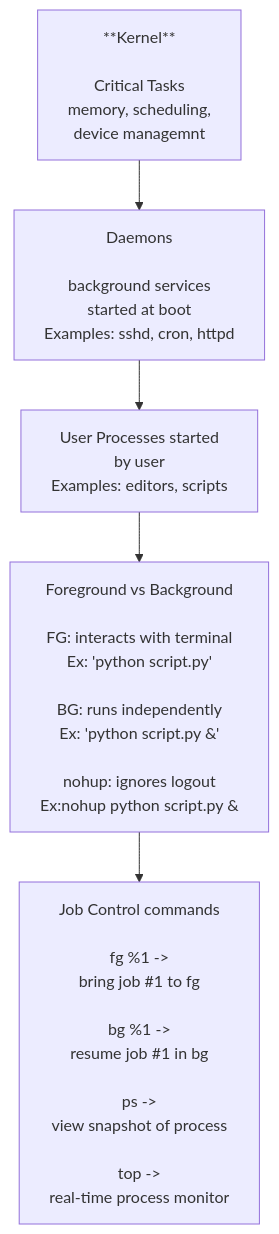
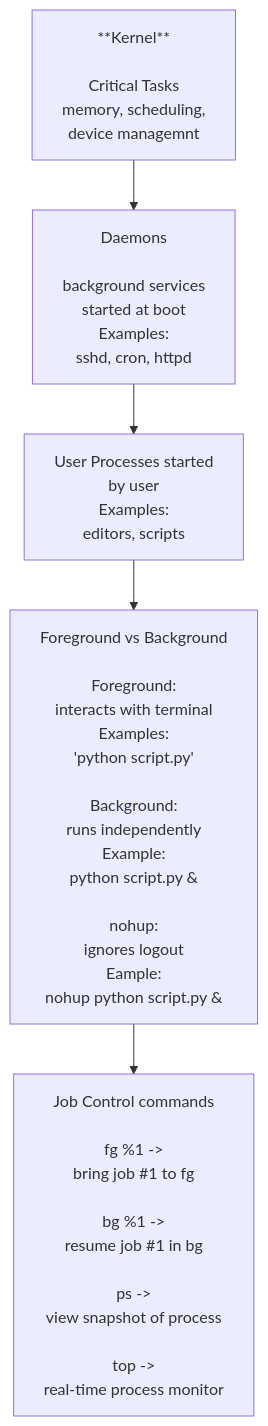
One commit to DHunnicuttSG/SRE changed the diagram in Linux/5.1-Processes.md. Above: the diagram before and after it, drawn with Mermaid.

Commit message:
updated Linux processes

````diff
--- a/Linux/5.1-Processes.md
+++ b/Linux/5.1-Processes.md
@@ -187,9 +187,9 @@
 ```mermaid
 flowchart TD
   A[**Kernel**<br/><br/>Critical Tasks<br/>memory, scheduling,<br/>device managemnt] 
-  --> B[Daemons<br/><br/>background services<br/> started at boot<br/>Examples: sshd, cron, httpd]
-  B --> C[User Processes started <br/>by user<br/> Examples: editors, scripts]
-  C --> D[Foreground vs Background<br/><br/>FG: interacts with terminal<br/>Ex: 'python script.py'<br/><br/>BG: runs independently<br/>Ex: 'python script.py &'<br/><br/>nohup: ignores logout<br/>Ex:nohup python script.py &]
+  --> B[Daemons<br/><br/>background services<br/> started at boot<br/>Examples:<br/>sshd, cron, httpd]
+  B --> C[User Processes started <br/>by user<br/> Examples:<br/>editors, scripts]
+  C --> D[Foreground vs Background<br/><br/>Foreground:<br/> interacts with terminal<br/>Examples:<br/>'python script.py'<br/><br/>Background:<br/>runs independently<br/>Example:<br/>python script.py &<br/><br/>nohup:<br/>ignores logout<br/>Eample:<br/>nohup python script.py &]
   D --> E[Job Control commands<br/><br/>fg %1 -> <br/>bring job #1 to fg<br/><br/>bg %1 -> <br/>resume job #1 in bg<br/><br/>ps -><br/>view snapshot of process<br/><br/>top -><br/>real-time process monitor]
 
 ```
````
